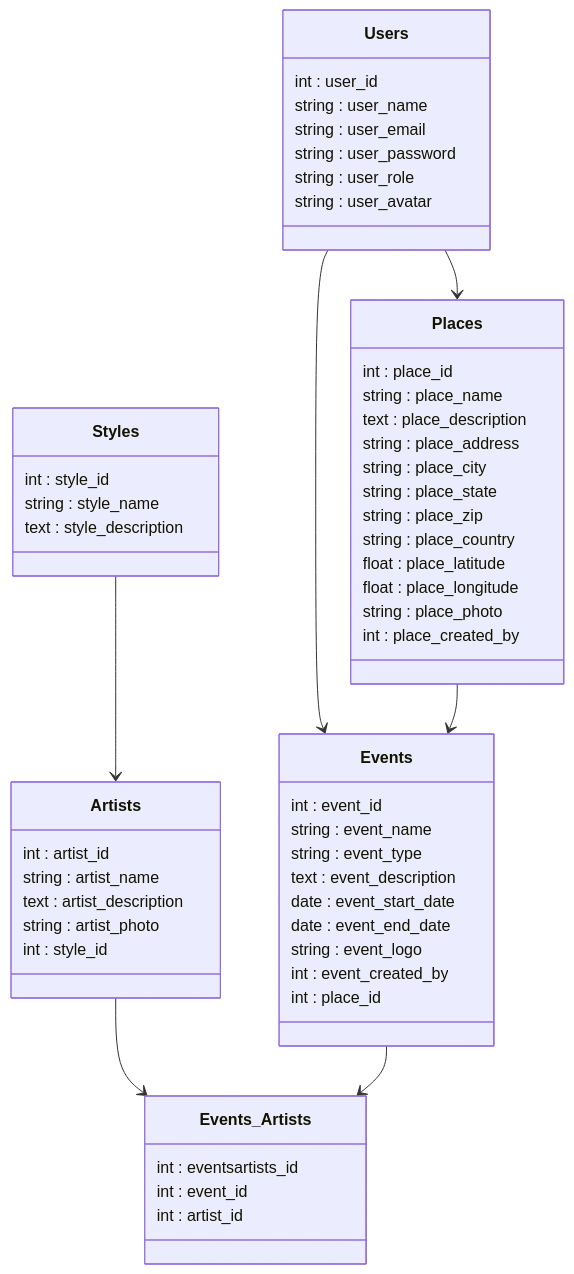
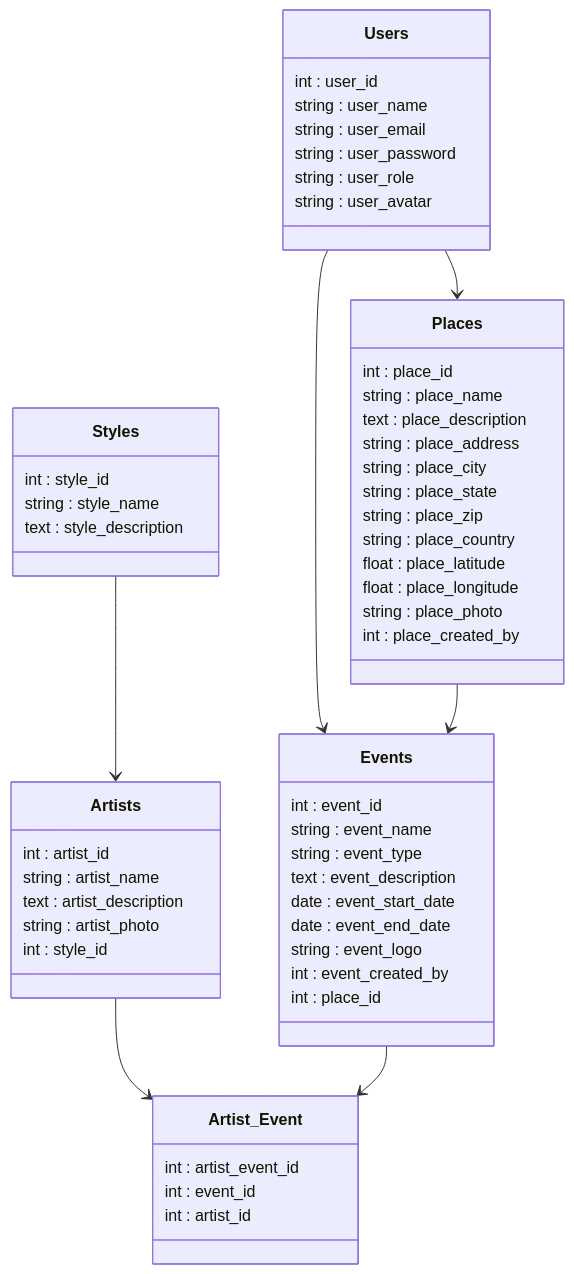
The diagram in README.md (kManceau/BeatMap_API), drawn with Mermaid before and after one commit.

````diff
--- a/README.md
+++ b/README.md
@@ -5,59 +5,59 @@
 ```mermaid
 classDiagram
     class Users{
         int : user_id
         string : user_name
         string : user_email
         string : user_password
         string : user_role
         string : user_avatar
     }
     class Places{
         int : place_id
         string : place_name
         text : place_description
         string : place_address
         string : place_city
         string : place_state
         string : place_zip
         string : place_country
         float : place_latitude
         float : place_longitude
         string : place_photo
         int : place_created_by
     }
     class Events {
         int : event_id
         string : event_name
         string : event_type
         text : event_description
         date : event_start_date
         date : event_end_date
         string : event_logo
         int : event_created_by
         int : place_id
     }
     class Artists {
         int : artist_id
         string : artist_name
         text : artist_description
         string : artist_photo
         int : style_id
     }
-    class Events_Artists{
-        int : eventsartists_id
+    class Artist_Event{
+        int : artist_event_id
         int : event_id
         int : artist_id
     }
     class Styles{
         int : style_id
         string : style_name
         text : style_description
     }
     Users --> Events
     Users --> Places
     Places --> Events
     Styles --> Artists
-    Artists --> Events_Artists
-    Events --> Events_Artists
+    Artists --> Artist_Event
+    Events --> Artist_Event
 ```
````
